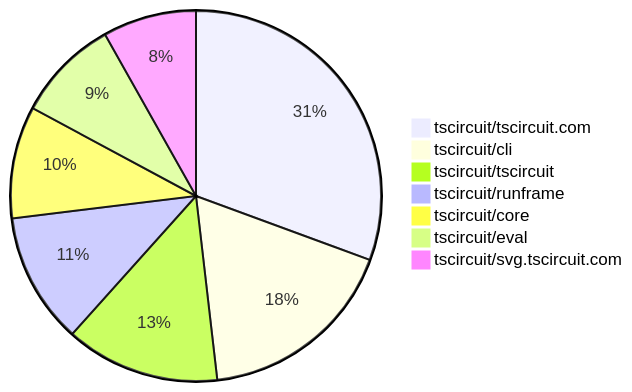
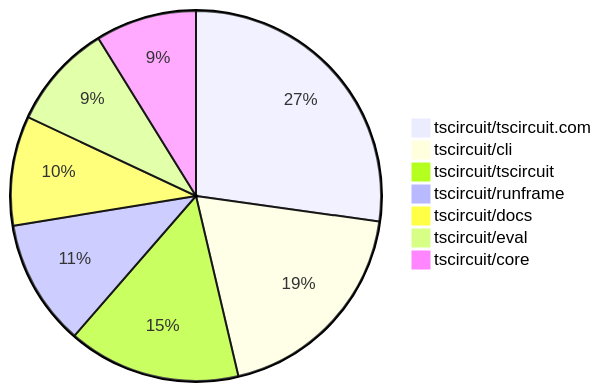
Before and after one commit to tscircuit/contribution-tracker: the second of 2 diagrams in README.md, drawn with Mermaid. The commit also changed other lines of this file and 3 other files, not shown here.

````diff
--- a/README.md
+++ b/README.md
@@ -134,10 +137,10 @@
 ```mermaid
 pie
-    "tscircuit/tscircuit.com" : 75
-    "tscircuit/cli" : 43
-    "tscircuit/tscircuit" : 33
-    "tscircuit/runframe" : 28
+    "tscircuit/tscircuit.com" : 74
+    "tscircuit/cli" : 52
+    "tscircuit/tscircuit" : 41
+    "tscircuit/runframe" : 30
+    "tscircuit/docs" : 26
+    "tscircuit/eval" : 25
     "tscircuit/core" : 24
-    "tscircuit/eval" : 22
-    "tscircuit/svg.tscircuit.com" : 20
 ```
````
